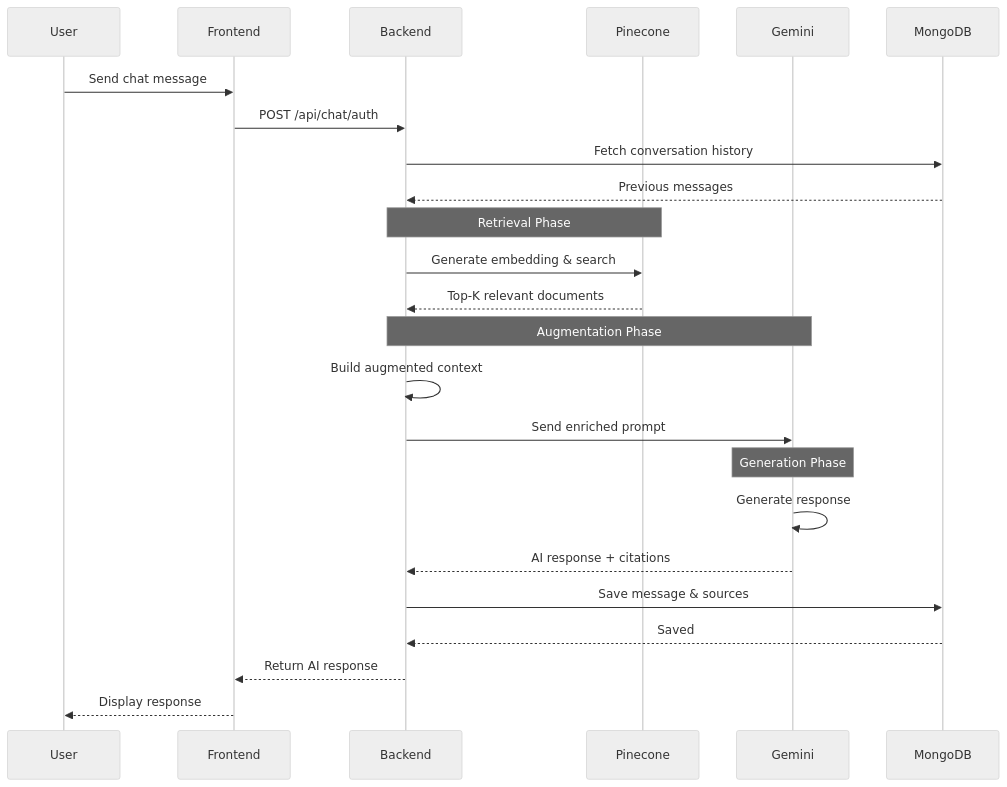
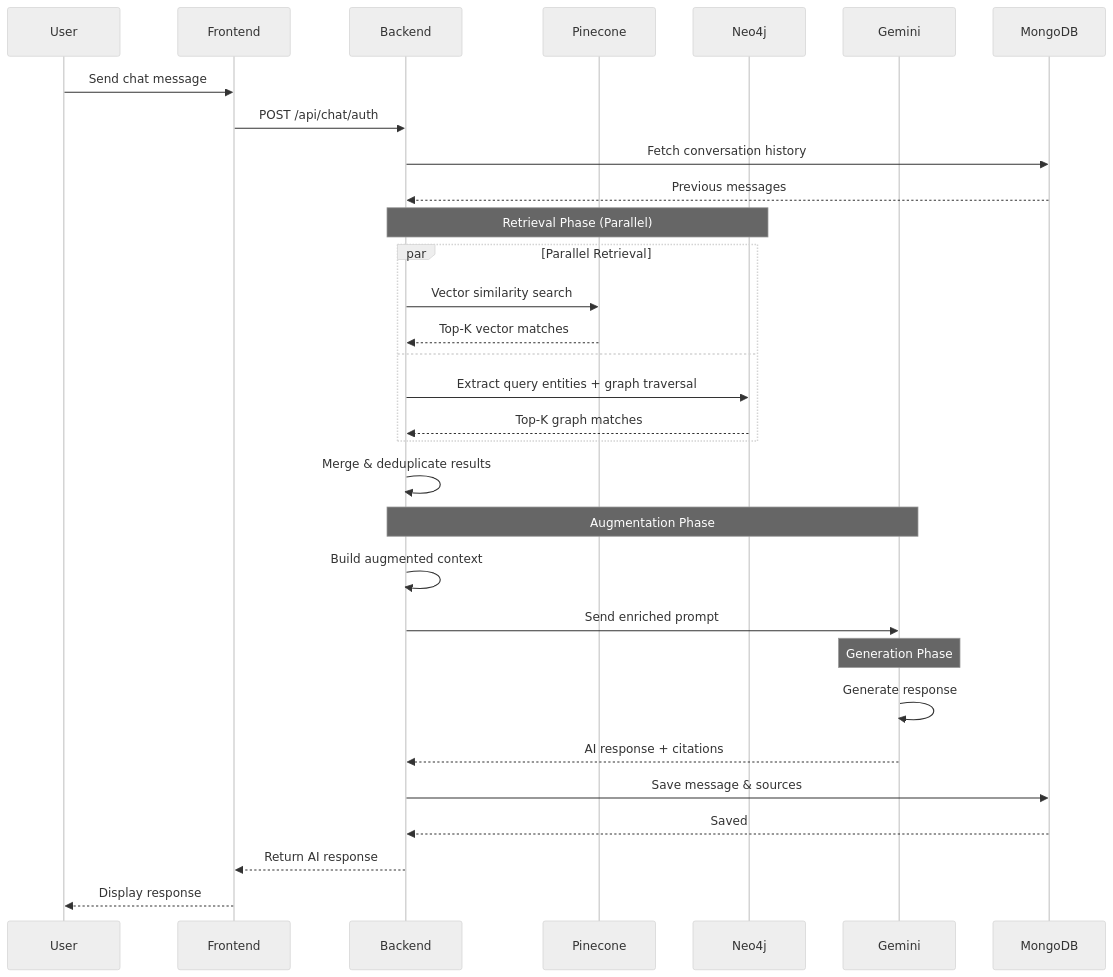
Before and after one commit to hoangsonww/AI-RAG-Assistant-Chatbot: the second of 7 diagrams in README.md, drawn with Mermaid (neutral theme). The commit also changed other lines of this file and 32 other files, not shown here.

First line of the commit message:
feat(rag): add hybrid Pinecone+Neo4j retrieval, graph ingestion, and CLI graph management

````diff
--- a/README.md
+++ b/README.md
@@ -215,31 +228,38 @@
 ```mermaid
 sequenceDiagram
     participant User
     participant Frontend
     participant Backend
     participant Pinecone
+    participant Neo4j
     participant Gemini
     participant MongoDB
 
     User->>Frontend: Send chat message
     Frontend->>Backend: POST /api/chat/auth
     Backend->>MongoDB: Fetch conversation history
     MongoDB-->>Backend: Previous messages
 
-    Note over Backend,Pinecone: Retrieval Phase
-    Backend->>Pinecone: Generate embedding & search
-    Pinecone-->>Backend: Top-K relevant documents
+    Note over Backend,Neo4j: Retrieval Phase (Parallel)
+    par Parallel Retrieval
+        Backend->>Pinecone: Vector similarity search
+        Pinecone-->>Backend: Top-K vector matches
+    and
+        Backend->>Neo4j: Extract query entities + graph traversal
+        Neo4j-->>Backend: Top-K graph matches
+    end
+    Backend->>Backend: Merge & deduplicate results
 
     Note over Backend,Gemini: Augmentation Phase
     Backend->>Backend: Build augmented context
     Backend->>Gemini: Send enriched prompt
 
     Note over Gemini: Generation Phase
     Gemini->>Gemini: Generate response
     Gemini-->>Backend: AI response + citations
 
     Backend->>MongoDB: Save message & sources
     MongoDB-->>Backend: Saved
     Backend-->>Frontend: Return AI response
     Frontend-->>User: Display response
 ```
````
